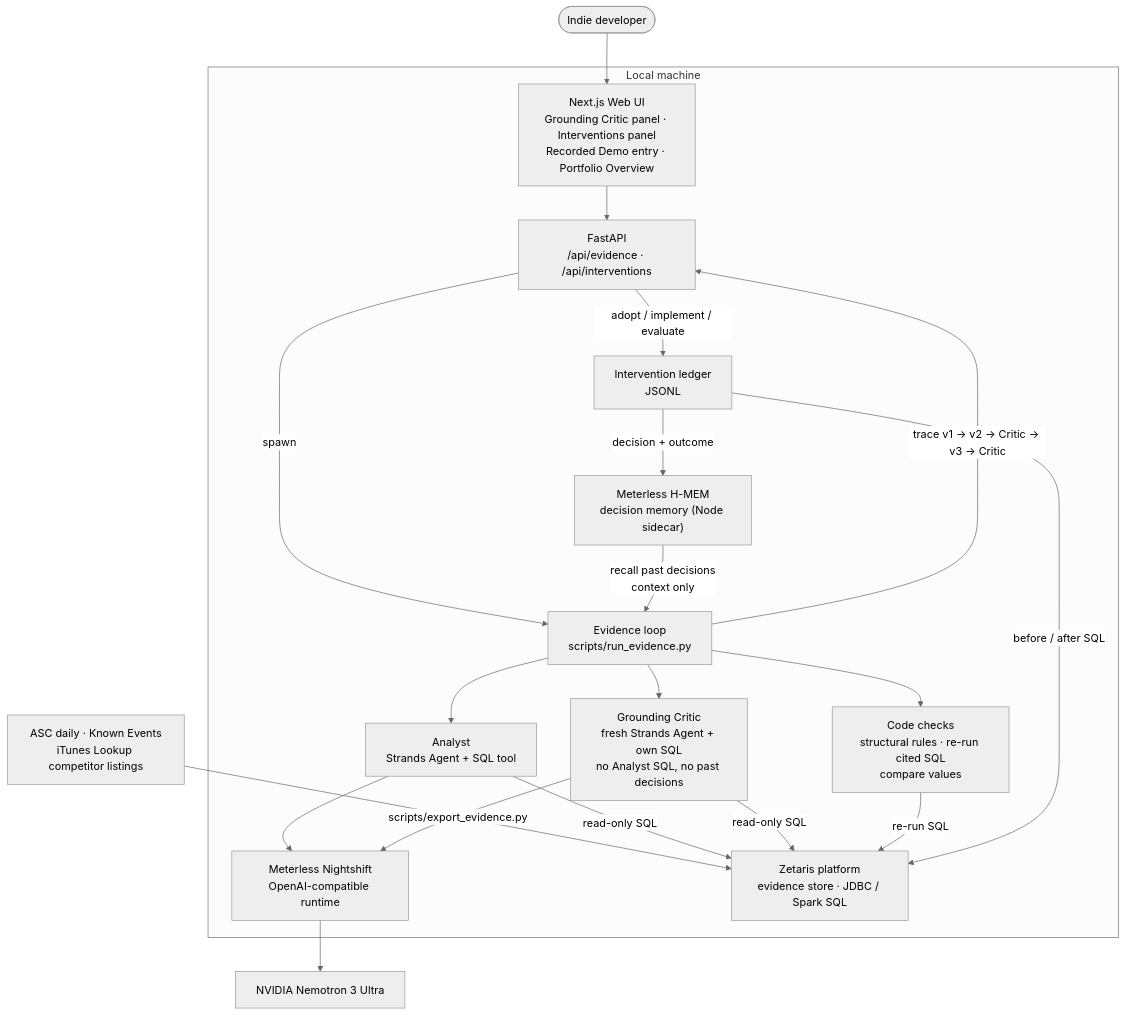
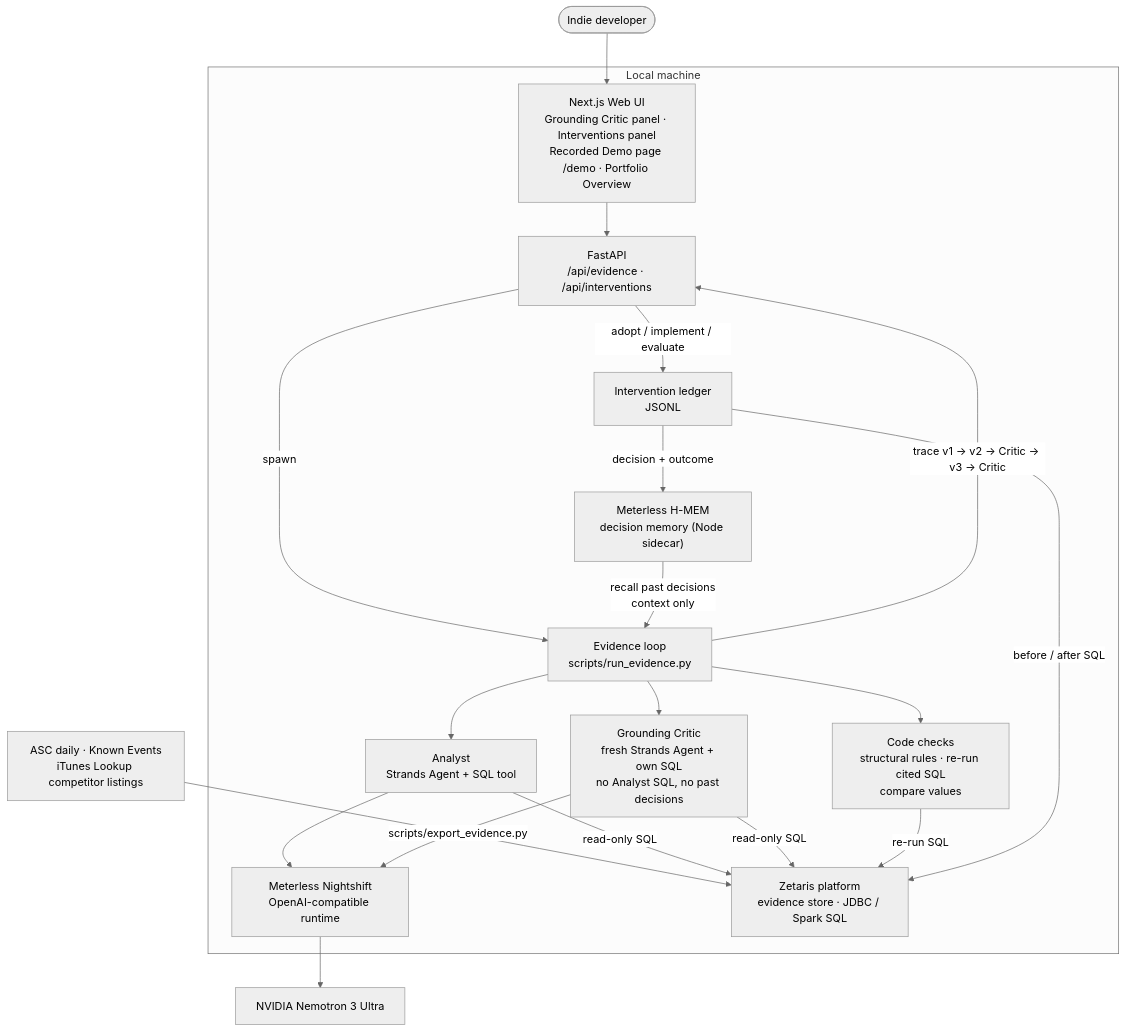
Before and after one commit to yamazakisayuri/indie-growth-agent: the second of 2 diagrams in README.ja.md, drawn with Mermaid. The commit also changed other lines of this file and 2 other files, not shown here.

First line of the commit message:
docs: point the Recorded Demo at the /demo page; clarify the retired AWS setup

````diff
--- a/README.ja.md
+++ b/README.ja.md
@@ -369,40 +378,40 @@
 ```mermaid
 %%{init: {"theme": "neutral"}}%%
 flowchart TB
   dev([Indie developer])
 
   subgraph local ["Local machine"]
-    ui["Next.js Web UI<br/>Grounding Critic panel · Interventions panel<br/>Recorded Demo entry · Portfolio Overview"]
+    ui["Next.js Web UI<br/>Grounding Critic panel · Interventions panel<br/>Recorded Demo page /demo · Portfolio Overview"]
     api["FastAPI<br/>/api/evidence · /api/interventions"]
     loop["Evidence loop<br/>scripts/run_evidence.py"]
     analyst["Analyst<br/>Strands Agent + SQL tool"]
     critic["Grounding Critic<br/>fresh Strands Agent + own SQL<br/>no Analyst SQL, no past decisions"]
     checks["Code checks<br/>structural rules · re-run cited SQL<br/>compare values"]
     ledger["Intervention ledger<br/>JSONL"]
     hmem["Meterless H-MEM<br/>decision memory (Node sidecar)"]
     nightshift["Meterless Nightshift<br/>OpenAI-compatible runtime"]
     zetaris["Zetaris platform<br/>evidence store · JDBC / Spark SQL"]
   end
 
   nvidia["NVIDIA Nemotron 3 Ultra"]
   sources["ASC daily · Known Events<br/>iTunes Lookup competitor listings"]
 
   sources -->|scripts/export_evidence.py| zetaris
   dev --> ui
   ui --> api
   api -->|spawn| loop
   hmem -->|recall past decisions<br/>context only| loop
   loop --> analyst
   loop --> critic
   loop --> checks
   analyst -->|read-only SQL| zetaris
   critic -->|read-only SQL| zetaris
   checks -->|re-run SQL| zetaris
   analyst --> nightshift
   critic --> nightshift
   nightshift --> nvidia
   loop -->|trace v1 → v2 → Critic → v3 → Critic| api
   api -->|adopt / implement / evaluate| ledger
   ledger -->|before / after SQL| zetaris
   ledger -->|decision + outcome| hmem
 ```
````
